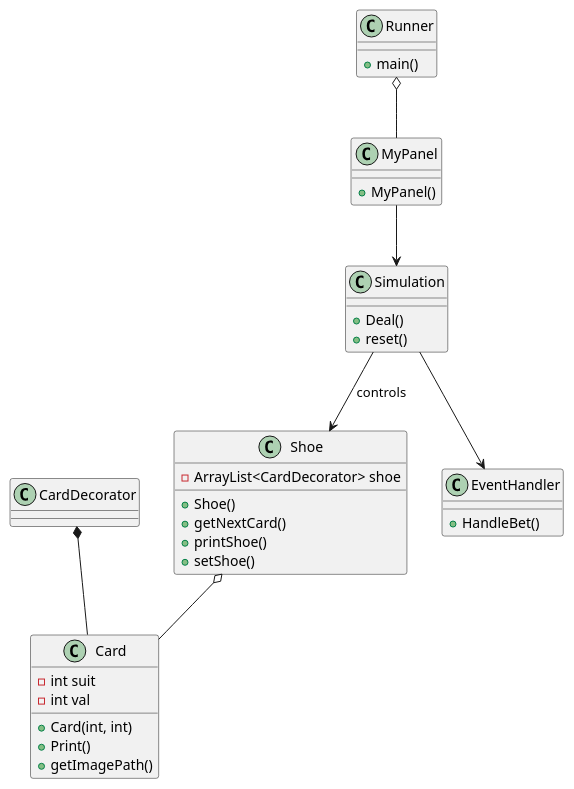
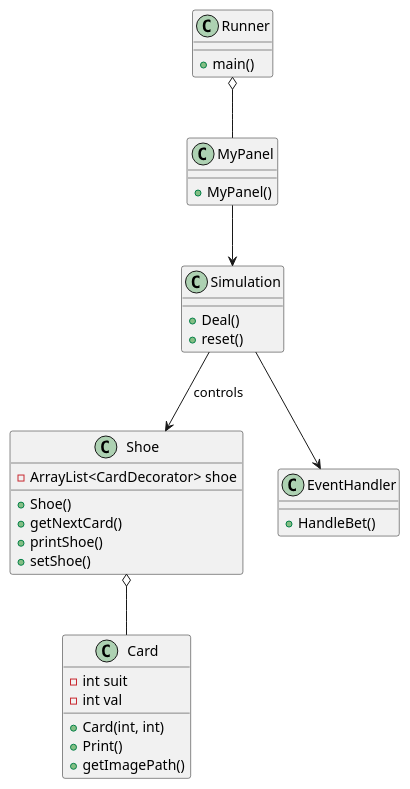
The diagram in support/uml/project.puml (Zach-Farrell/blackjack-game), drawn with PlantUML before and after one commit. The commit also changed 1 other file, not shown here.

Commit message:
changed readme UML to find reference image in main branch

```diff
--- a/support/uml/project.puml
+++ b/support/uml/project.puml
@@ -1,42 +1,41 @@
 @startuml
 class Shoe {
     -ArrayList<CardDecorator> shoe
     +Shoe()
     +getNextCard()
     +printShoe()
     +setShoe()
 }
 
 class Card {
     +Card(int, int)
     +Print()
     +getImagePath()
     -int suit
     -int val
 }
 
 class Simulation {
     +Deal()
     +reset()
 
 }
 
 class EventHandler {
     +HandleBet()
 }
 
 class MyPanel {
     +MyPanel()
 }
 
 class Runner {
 	+main()
 }
 
-CardDecorator *-- Card
 Shoe o-- Card
 MyPanel --> Simulation
 Simulation --> Shoe : controls
 Simulation --> EventHandler
 Runner o-- MyPanel
 @enduml
```
